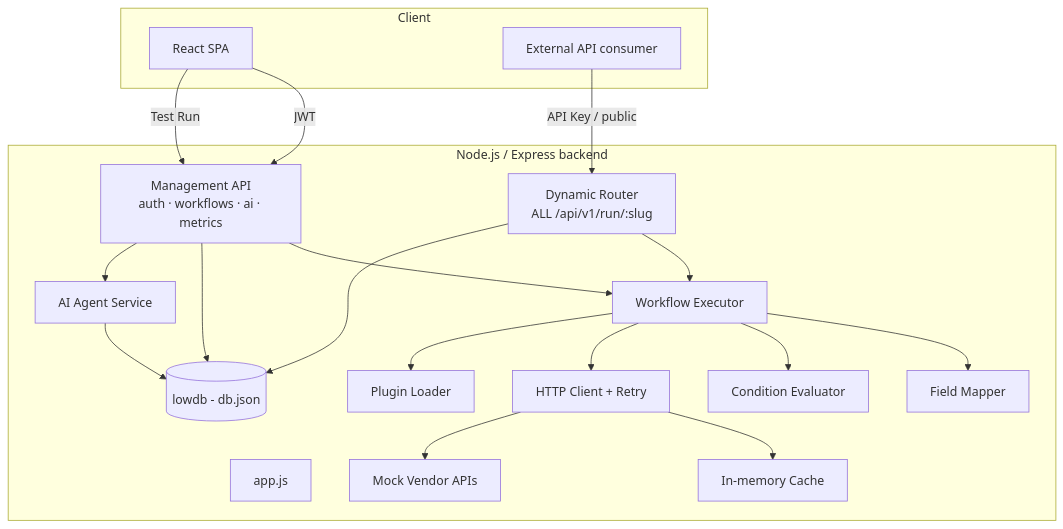
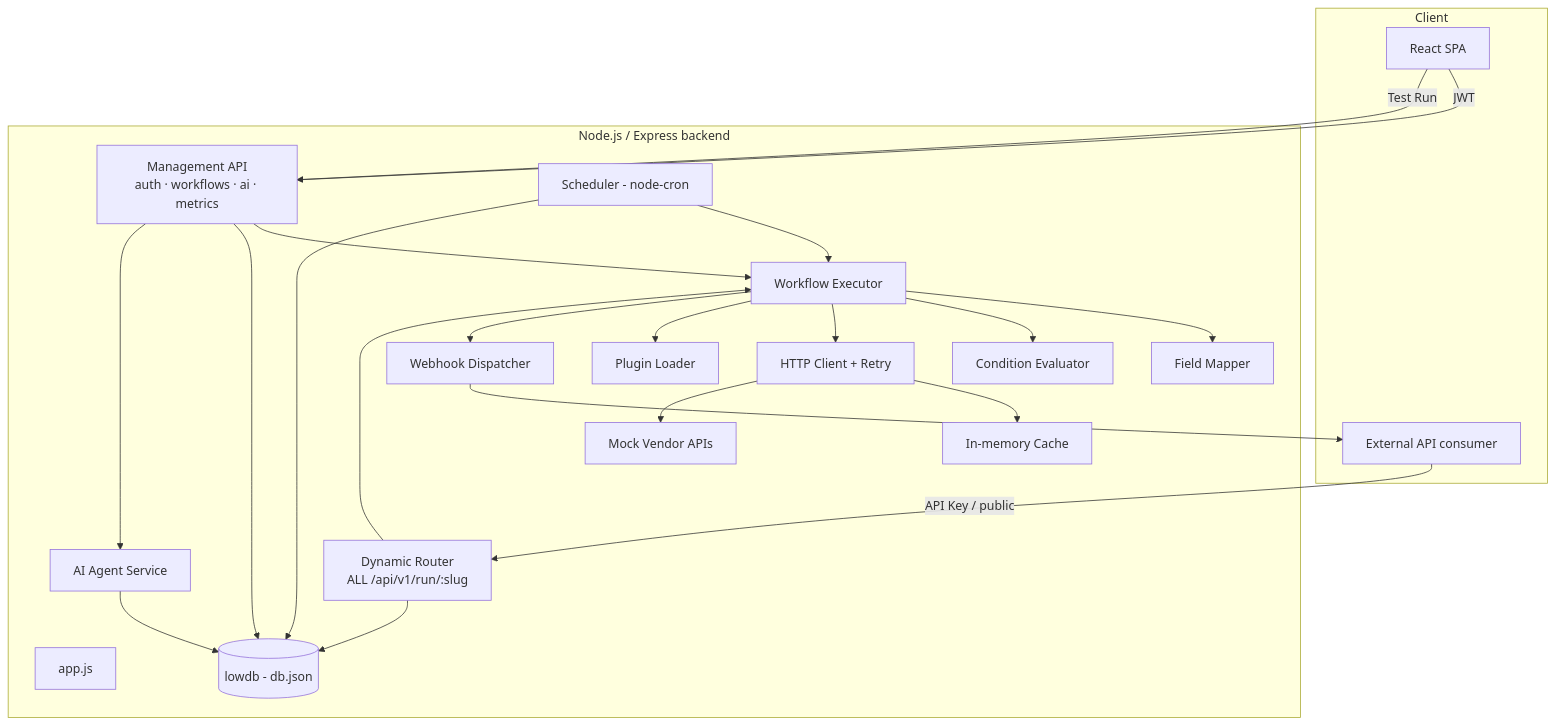
The first of 2 diagrams in ARCHITECTURE.md (nikill04/Low-Code-API-Orchestration-Platform), drawn with Mermaid before and after one commit. The commit also changed other lines of this file and 17 other files, not shown here.

````diff
--- a/ARCHITECTURE.md
+++ b/ARCHITECTURE.md
@@ -5,41 +5,47 @@
 ```mermaid
 flowchart TB
     subgraph Client
         UI[React SPA]
         EXT[External API consumer]
     end
 
     subgraph Backend["Node.js / Express backend"]
         APP[app.js]
         DR[Dynamic Router<br/>ALL /api/v1/run/:slug]
         MGMT[Management API<br/>auth · workflows · ai · metrics]
         EXE[Workflow Executor]
         MAP[Field Mapper]
         COND[Condition Evaluator]
         HTTP[HTTP Client + Retry]
         PLUG[Plugin Loader]
         CACHE[In-memory Cache]
+        SCHED[Scheduler - node-cron]
+        HOOK[Webhook Dispatcher]
         AI[AI Agent Service]
         DB[(lowdb - db.json)]
         VEND[Mock Vendor APIs]
     end
 
     UI -->|JWT| MGMT
     EXT -->|API Key / public| DR
     UI -->|Test Run| MGMT
 
     DR --> EXE
     MGMT --> EXE
     EXE --> MAP
     EXE --> COND
     EXE --> HTTP
     EXE --> PLUG
     HTTP --> CACHE
     HTTP --> VEND
 
     MGMT --> DB
     DR --> DB
+    SCHED --> EXE
+    SCHED --> DB
+    EXE --> HOOK
+    HOOK --> EXT
 
     MGMT --> AI
     AI --> DB
 ```
````
